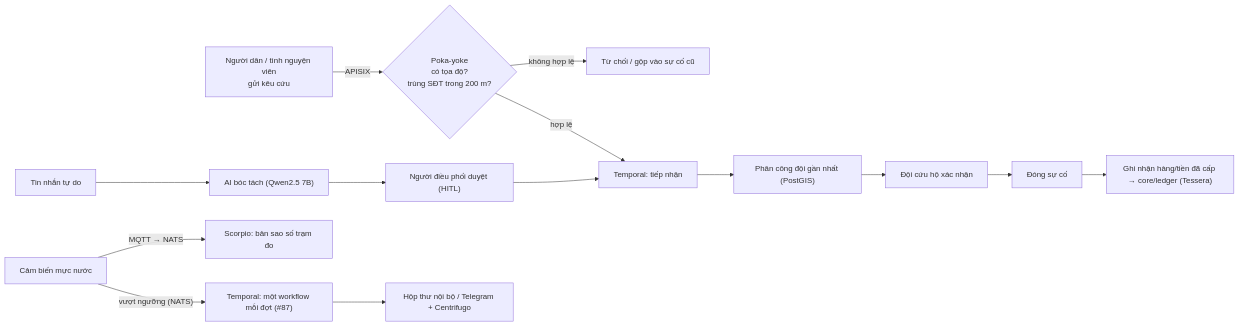
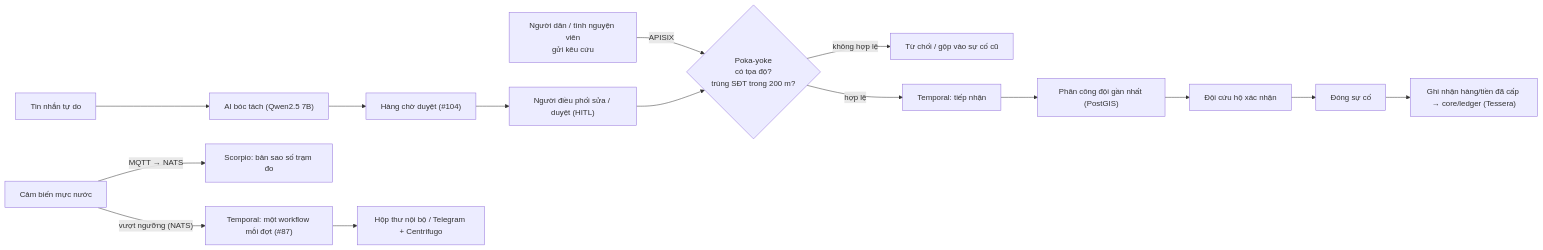
Before and after one commit to disaster-dxos/disaster-dxos: the eighth of 21 diagrams in docs/architecture.md, drawn with Mermaid. The commit also changed other lines of this file and 25 other files, not shown here.

First line of the commit message:
feat(web): hàng chờ duyệt tin do AI bóc tách, lưu vết đề xuất, trường sửa và người duyệt (#104)

````diff
--- a/docs/architecture.md
+++ b/docs/architecture.md
@@ -462,11 +462,11 @@
 ```mermaid
 flowchart LR
   A["Người dân / tình nguyện viên<br/>gửi kêu cứu"] -->|"APISIX"| B{"Poka-yoke<br/>có tọa độ?<br/>trùng SĐT trong 200 m?"}
   B -->|"không hợp lệ"| R["Từ chối / gộp vào sự cố cũ"]
   B -->|"hợp lệ"| C["Temporal: tiếp nhận"]
-  A2["Tin nhắn tự do"] --> AI["AI bóc tách (Qwen2.5 7B)"] --> H["Người điều phối duyệt (HITL)"] --> C
+  A2["Tin nhắn tự do"] --> AI["AI bóc tách (Qwen2.5 7B)"] --> Q["Hàng chờ duyệt (#104)"] --> H["Người điều phối sửa / duyệt (HITL)"] --> B
   C --> D["Phân công đội gần nhất (PostGIS)"] --> E["Đội cứu hộ xác nhận"] --> F["Đóng sự cố"]
   S["Cảm biến mực nước"] -->|"MQTT → NATS"| N["Scorpio: bản sao số trạm đo"]
   S -->|"vượt ngưỡng (NATS)"| W["Temporal: một workflow mỗi đợt (#87)"] --> T["Hộp thư nội bộ / Telegram + Centrifugo"]
   F --> L["Ghi nhận hàng/tiền đã cấp → core/ledger (Tessera)"]
 ```
````
